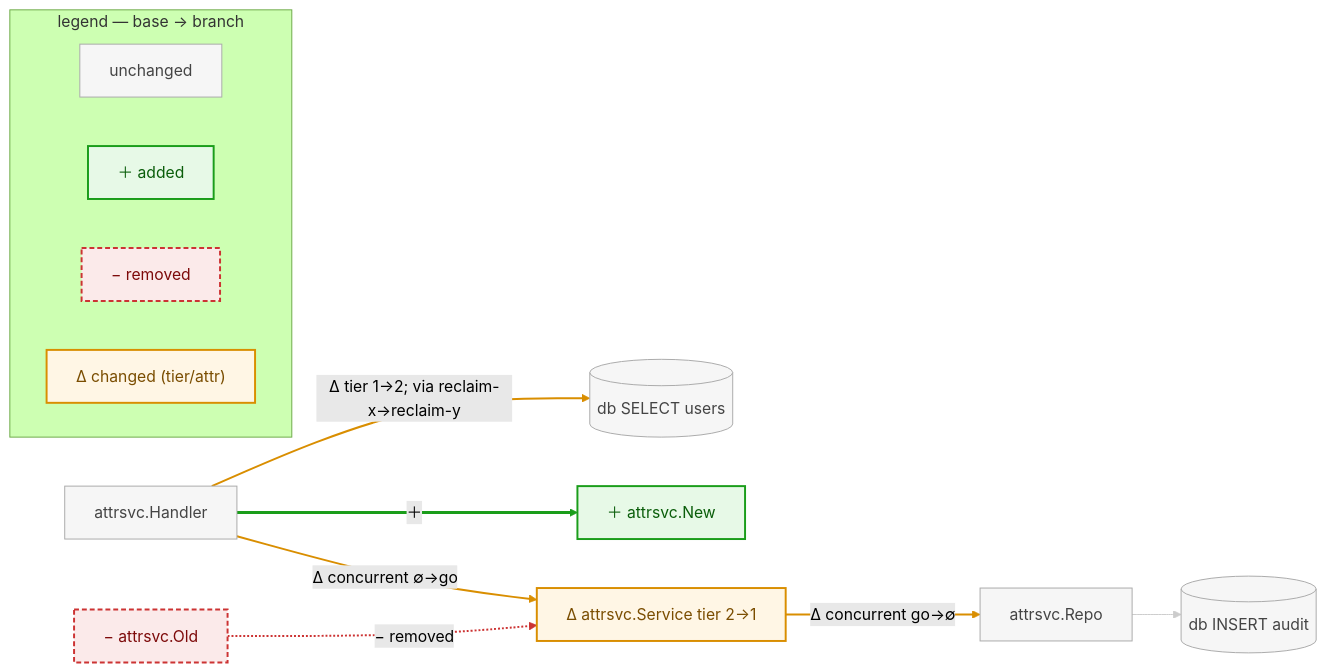
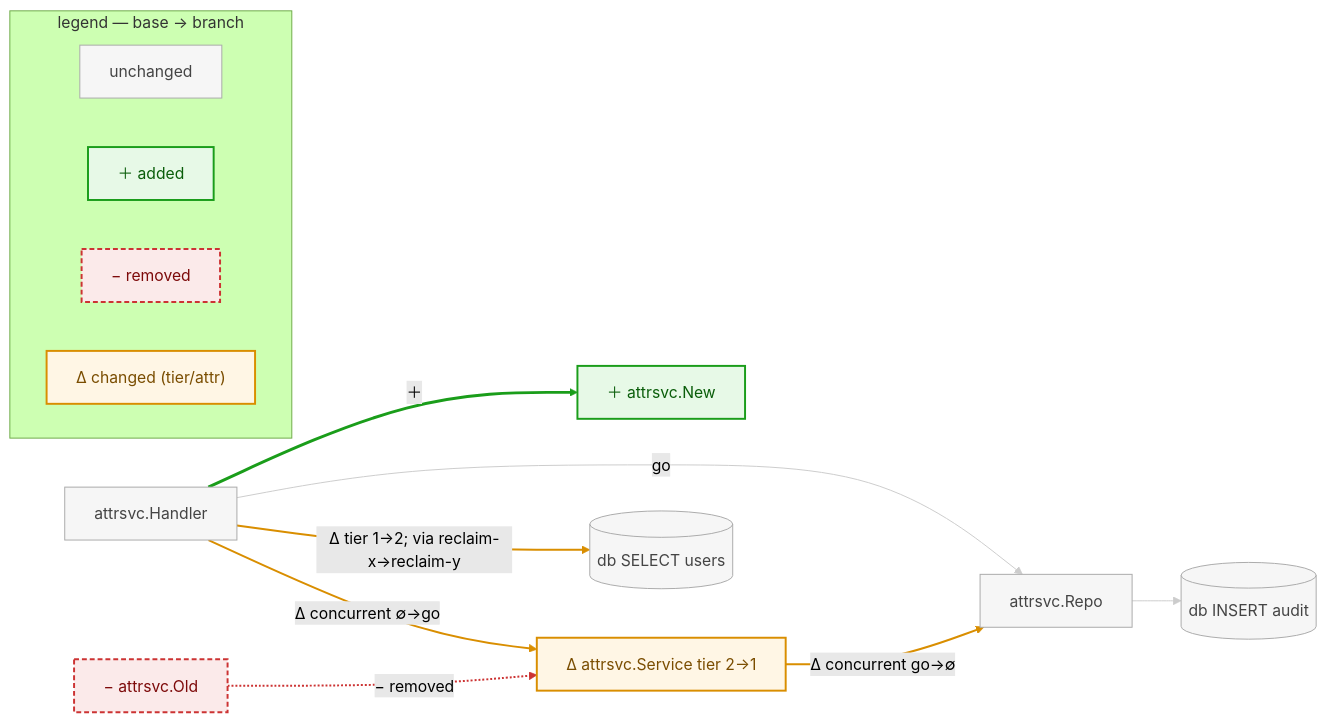
One commit to jyang234/verdi-go changed the diagram in internal/static/graphio/testdata/attrdrift.callgraph-diff.md. Above: the diagram before and after it, drawn with Mermaid (forest theme). The commit also changed 10 other files, not shown here.

First line of the commit message:
graphio diff: fix determinism + fail-open gaps from code review

````diff
--- a/internal/static/graphio/testdata/attrdrift.callgraph-diff.md
+++ b/internal/static/graphio/testdata/attrdrift.callgraph-diff.md
@@ -1,32 +1,33 @@
 ```mermaid
 flowchart LR
     %% call-graph diff — base → branch (a view, never a gate)
     subgraph legend["legend — base → branch"]
         direction LR
         lg_kept["unchanged"]:::kept
         lg_added["＋ added"]:::added
         lg_removed["− removed"]:::removed
         lg_changed["Δ changed (tier/attr)"]:::changed
     end
     attrsvc_Handler["attrsvc.Handler"]:::kept
     attrsvc_New["＋ attrsvc.New"]:::added
     attrsvc_Old["− attrsvc.Old"]:::removed
     attrsvc_Repo["attrsvc.Repo"]:::kept
     attrsvc_Service["Δ attrsvc.Service tier 2→1"]:::changed
     db_db_SELECT_users[("db SELECT users")]:::kept
     db_db_INSERT_audit[("db INSERT audit")]:::kept
     attrsvc_Handler -->|Δ tier 1→2; via reclaim-x→reclaim-y| db_db_SELECT_users
     attrsvc_Handler ==>|＋| attrsvc_New
+    attrsvc_Handler -->|go| attrsvc_Repo
     attrsvc_Handler -->|Δ concurrent ∅→go| attrsvc_Service
     attrsvc_Old -.->|− removed| attrsvc_Service
     attrsvc_Repo --> db_db_INSERT_audit
     attrsvc_Service -->|Δ concurrent go→∅| attrsvc_Repo
     linkStyle 1 stroke:#1a9d1a,stroke-width:3px
-    linkStyle 3 stroke:#cc3333,stroke-width:2px
-    linkStyle 4 stroke:#cccccc
-    linkStyle 0,2,5 stroke:#d98e00,stroke-width:2px
+    linkStyle 4 stroke:#cc3333,stroke-width:2px
+    linkStyle 2,5 stroke:#cccccc
+    linkStyle 0,3,6 stroke:#d98e00,stroke-width:2px
     classDef kept fill:#f6f6f6,stroke:#aaaaaa,color:#444444
     classDef added fill:#e7f9e7,stroke:#1a9d1a,stroke-width:2px,color:#0a5d0a
     classDef removed fill:#fbeaea,stroke:#cc3333,stroke-width:2px,stroke-dasharray:5 3,color:#7d0a0a
     classDef changed fill:#fff6e5,stroke:#d98e00,stroke-width:2px,color:#7a4d00
 ```
````
